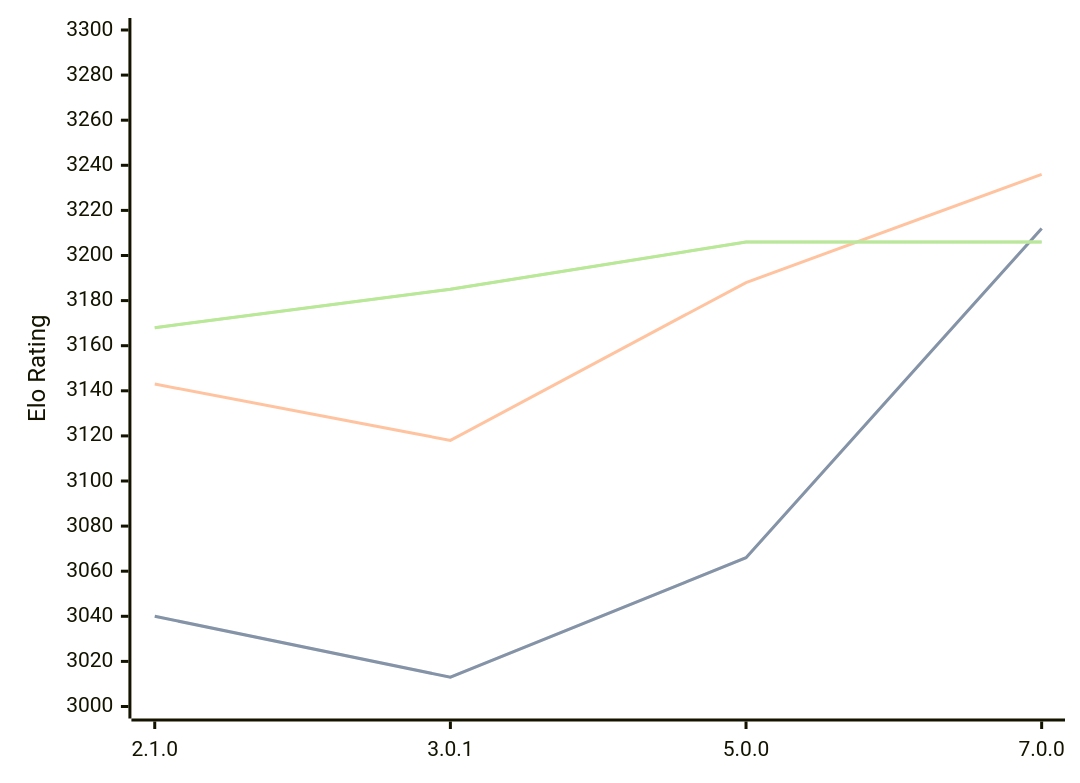
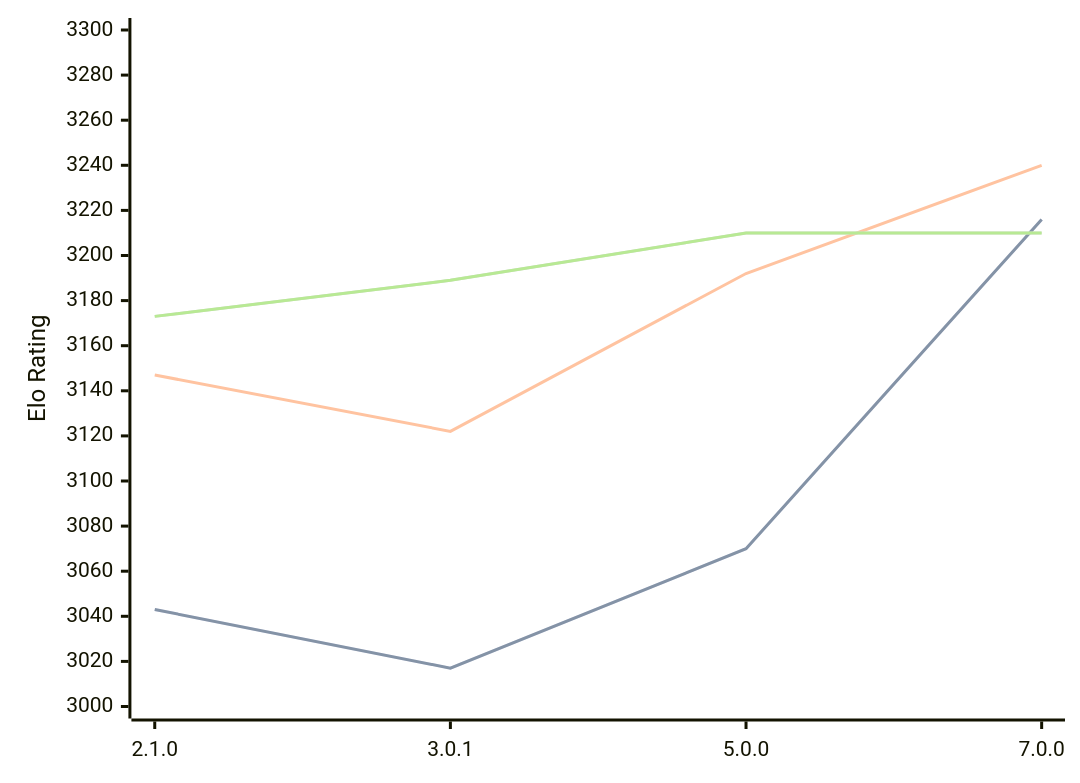
Before and after one commit to computer-chess-index/cci: the diagram in engines/PlentyChess.md, drawn with Mermaid. The commit also changed other lines of this file, not shown here.

Commit message:
Update CCI Ratings (ELO VLTC) - 2026-02-24

````diff
--- a/engines/PlentyChess.md
+++ b/engines/PlentyChess.md
@@ -42,11 +42,11 @@
 ```mermaid
 %%{init: {"theme":"base","themeVariables":{"seriesColors:['#a3a3a3','#222221','#faa371']}}}%%
 xychart-beta
   x-axis ["2.1.0", "3.0.1", "5.0.0", "7.0.0"]
   y-axis "Elo Rating" 3000 --> 3300
-  line "STC (8.0+0.08s)" [3040, 3013, 3066, 3212]
-  line "STC (8.0+0.08s)" [3040, 3013, 3066, 3212]
-  line "LTC (60.0+0.60s)" [3143, 3118, 3188, 3236]
-  line "VLTC (2m24s+1.12s)" [3168, 3185, 3206, 3206]
-  line "VLTC (2m24s+1.12s)" [3168, 3185, 3206, 3206]
+  line "STC (8.0+0.08s)" [3043, 3017, 3070, 3216]
+  line "STC (8.0+0.08s)" [3043, 3017, 3070, 3216]
+  line "LTC (60.0+0.60s)" [3147, 3122, 3192, 3240]
+  line "VLTC (2m24s+1.12s)" [3173, 3189, 3210, 3210]
+  line "VLTC (2m24s+1.12s)" [3173, 3189, 3210, 3210]
 ```
````
